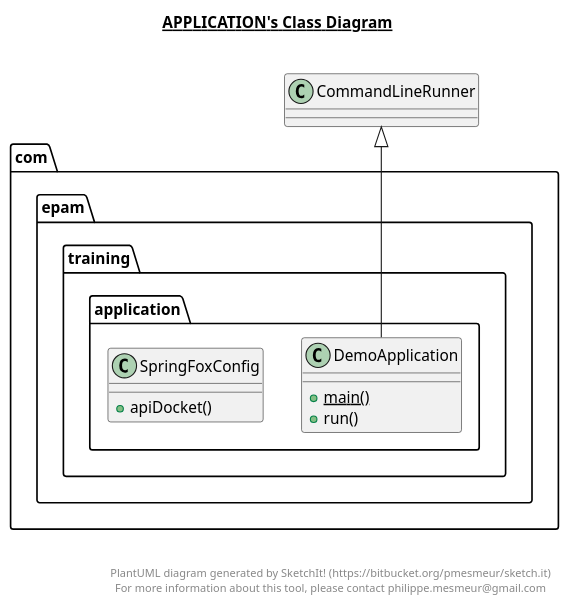
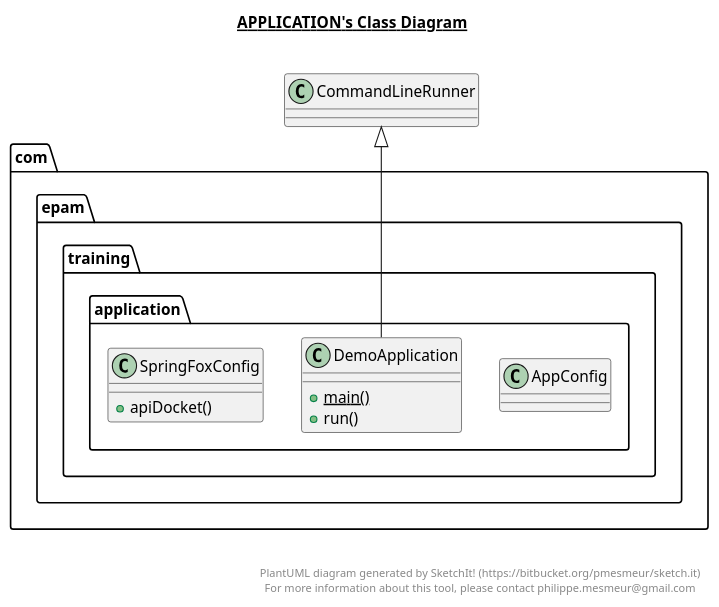
The diagram in src/main/java/com/epam/training/application/application.plantuml (nik-nenkov/tutoring-rest-api-with-java), drawn with PlantUML before and after one commit. The commit also changed 28 other files, not shown here.

```diff
--- a/src/main/java/com/epam/training/application/application.plantuml
+++ b/src/main/java/com/epam/training/application/application.plantuml
@@ -1,30 +1,36 @@
 @startuml
 
 title __APPLICATION's Class Diagram__\n
+
+  package com.epam.training.application {
+    class AppConfig {
+    }
+  }
+  
 
   package com.epam.training.application {
     class DemoApplication {
         {static} + main()
         + run()
     }
   }
   
 
   package com.epam.training.application {
     class SpringFoxConfig {
         + apiDocket()
     }
   }
   
 
   DemoApplication -up-|> CommandLineRunner
 
 
 right footer
 
 
 PlantUML diagram generated by SketchIt! (https://bitbucket.org/pmesmeur/sketch.it)
 For more information about this tool, please contact philippe.mesmeur@gmail.com
 endfooter
 
 @enduml
```
